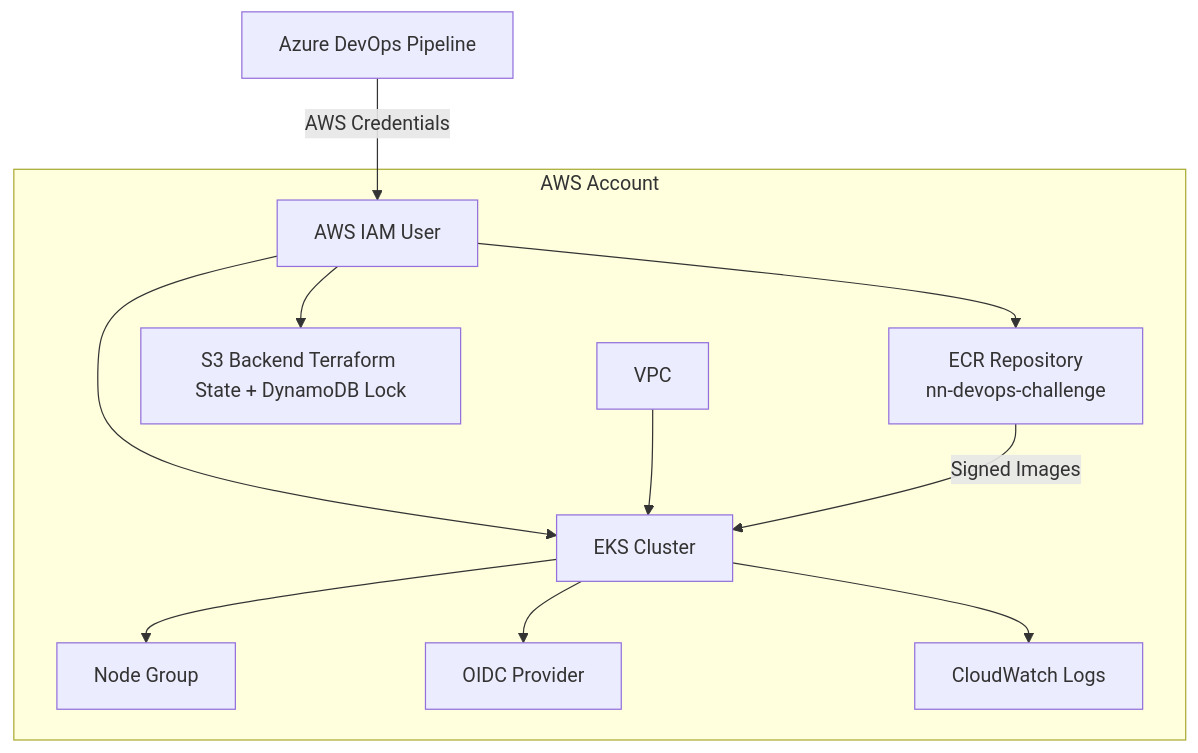
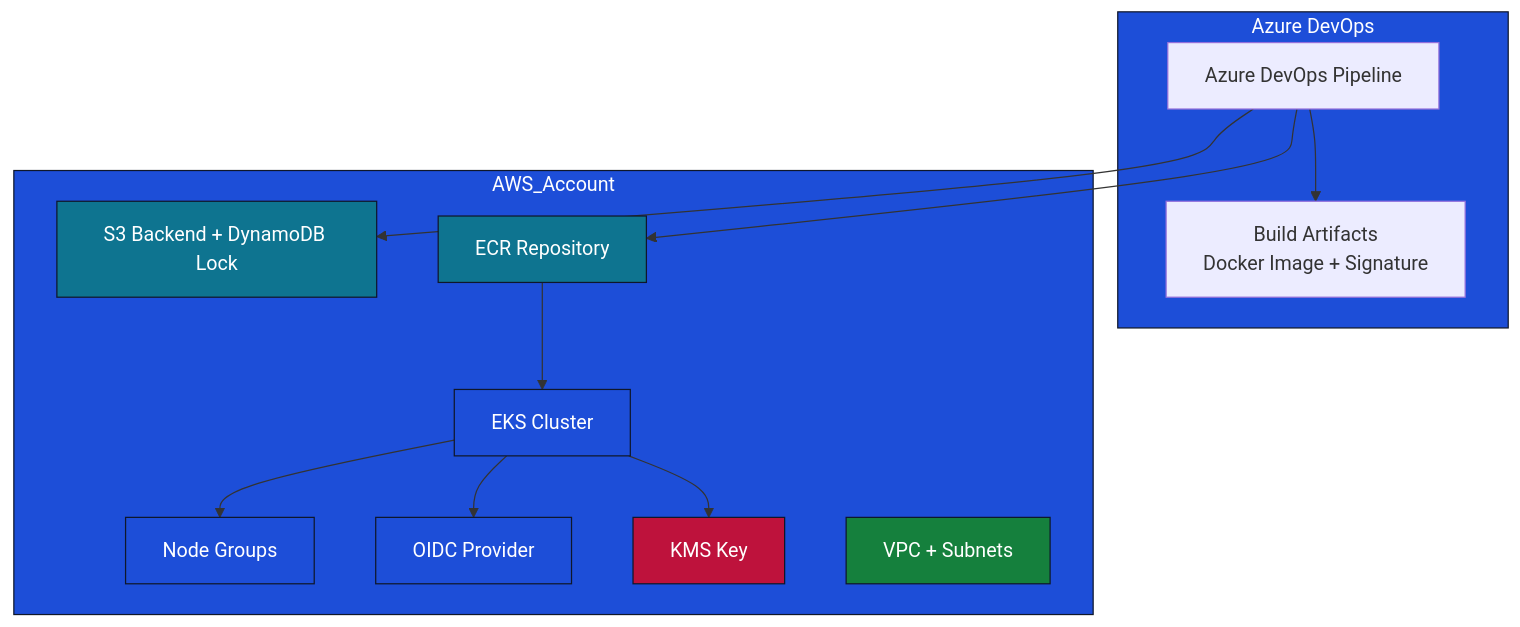
The first of 2 diagrams in README.md (sofiafernandezmoreno/devops-workflow), drawn with Mermaid before and after one commit. The commit also changed other lines of this file, not shown here.

````diff
--- a/README.md
+++ b/README.md
@@ -104,16 +104,32 @@
 ```mermaid
 flowchart TD
-    A[Azure DevOps Pipeline] -->|AWS Credentials| B[AWS IAM User]
 
-    subgraph AWS Account
-        B --> C[ECR Repository<br>nn-devops-challenge]
-        B --> D[S3 Backend Terraform State + DynamoDB Lock]
-        B --> E[EKS Cluster]
-        E --> F[Node Group ]
-        E --> G[OIDC Provider]
-        E --> H[CloudWatch Logs]
-        I[VPC] --> E
-    end
+subgraph Azure DevOps
+  A[Azure DevOps Pipeline] --> B[Build Artifacts<br>Docker Image + Signature]
+end
 
-    C -->|Signed Images| E
+subgraph AWS_Account
+  C[S3 Backend + DynamoDB Lock]:::infra
+  D[ECR Repository]:::infra
+  E[EKS Cluster]:::cluster
+  F[Node Groups]:::cluster
+  G[OIDC Provider]:::cluster
+  H[KMS Key]:::security
+  I[VPC + Subnets]:::network
+
+  E --> F
+  E --> G
+  E --> H
+
+  D --> E
+end
+
+A --> D
+A --> C
+
+classDef infra fill:#0e7490,stroke:#0f172a,color:white;
+classDef cluster fill:#1d4ed8,stroke:#0f172a,color:white;
+classDef network fill:#15803d,stroke:#0f172a,color:white;
+classDef security fill:#be123c,stroke:#0f172a,color:white;
+
 ```
````
